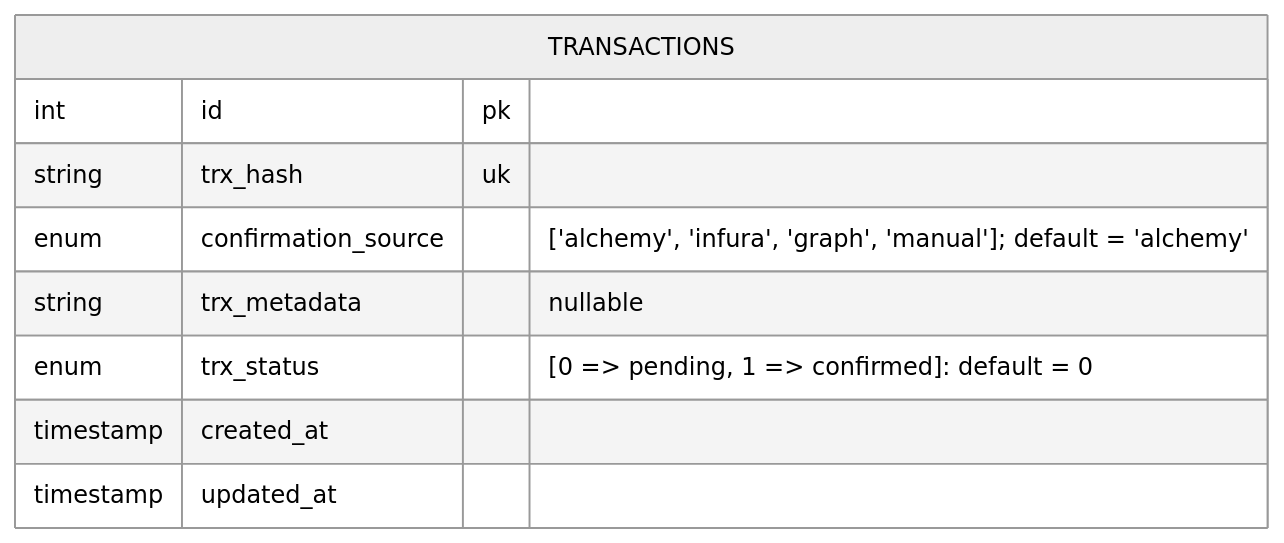
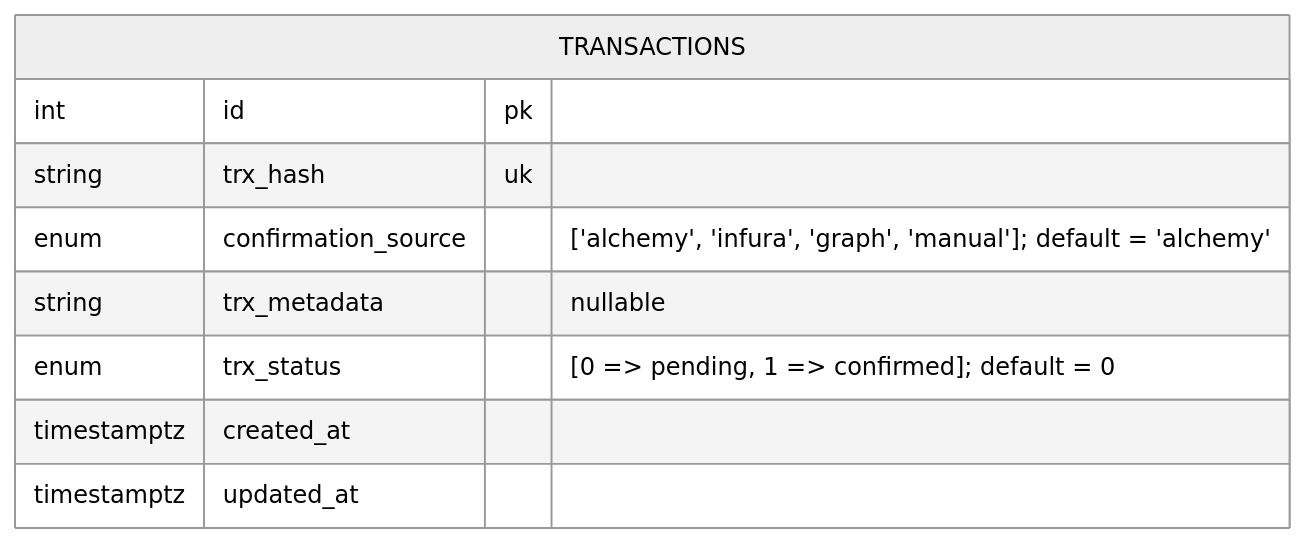
One commit to FinCube-23/DAO-Proposal-Governance changed the first of 3 diagrams in IMPROVED-ER-DIAGRAM.md. Above: the diagram before and after it, drawn with Mermaid (neutral theme). The commit also changed other lines of this file, not shown here.

Commit message:
feat: fincube #291 Update ER diagram with improved data types and structure

````diff
--- a/IMPROVED-ER-DIAGRAM.md
+++ b/IMPROVED-ER-DIAGRAM.md
@@ -5,14 +9,14 @@
 ```mermaid
 erDiagram
 
     TRANSACTIONS {
         int id pk
         string trx_hash uk
         enum confirmation_source "['alchemy', 'infura', 'graph', 'manual']; default = 'alchemy'"
         string trx_metadata "nullable"
-        enum trx_status "[0 => pending, 1 => confirmed]: default = 0"
-        timestamp created_at
-        timestamp updated_at
+        enum trx_status "[0 => pending, 1 => confirmed]; default = 0"
+        timestamptz created_at
+        timestamptz updated_at
     }
 
 ```
````
